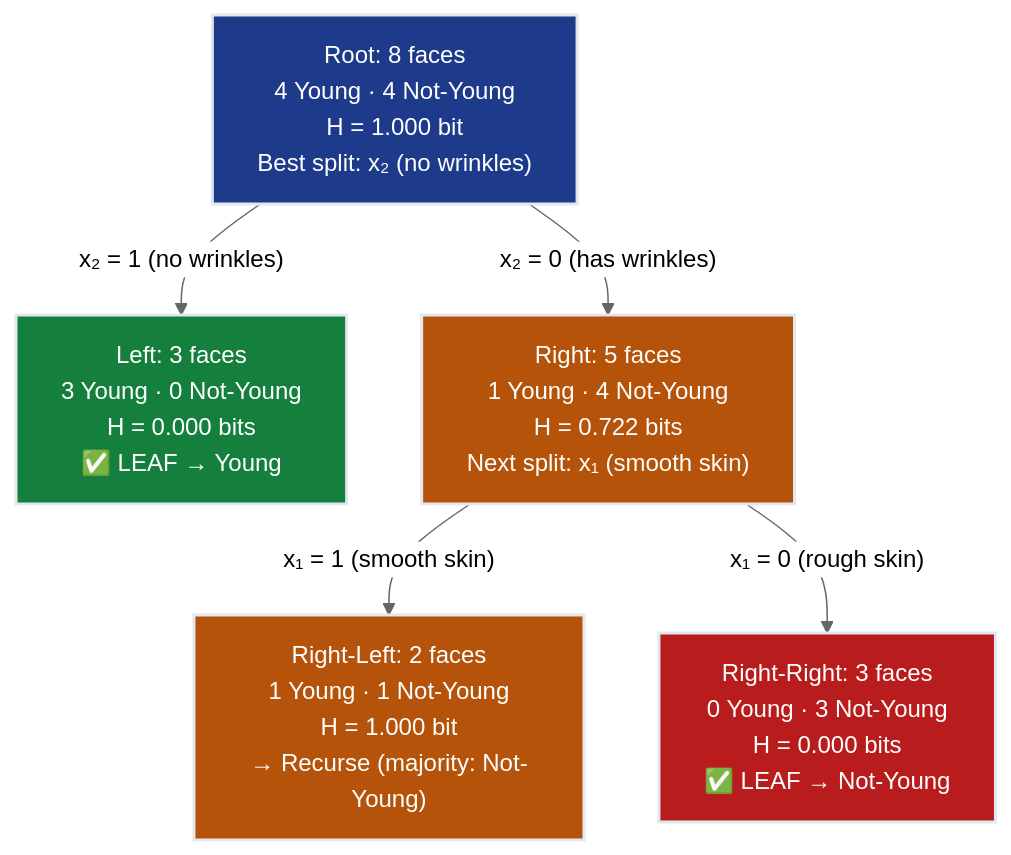
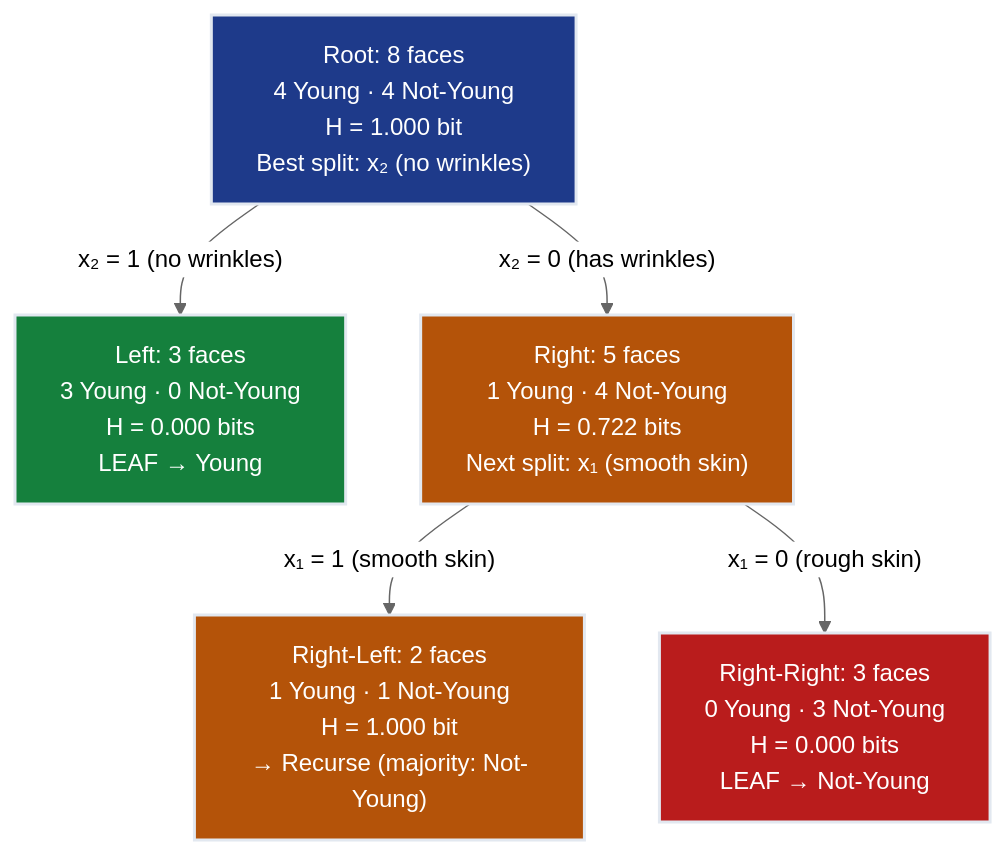
The second of 3 diagrams in notes/01-ml/02-classification/ch02_classical_classifiers/README.md (dsgouda7/ai-portfolio), drawn with Mermaid (neutral theme) before and after one commit. The commit also changed other lines of this file and 179 other files, not shown here.

````diff
--- a/notes/01-ml/02-classification/ch02_classical_classifiers/README.md
+++ b/notes/01-ml/02-classification/ch02_classical_classifiers/README.md
@@ -488,19 +488,19 @@
 ```mermaid
 graph TD
-    ROOT["Root: 8 faces<br/>4 Young · 4 Not-Young<br/>H = 1.000 bit<br/>Best split: x₂ (no wrinkles)"]
-    L1["Left: 3 faces<br/>3 Young · 0 Not-Young<br/>H = 0.000 bits<br/>✅ LEAF → Young"]
-    R1["Right: 5 faces<br/>1 Young · 4 Not-Young<br/>H = 0.722 bits<br/>Next split: x₁ (smooth skin)"]
-    RL["Right-Left: 2 faces<br/>1 Young · 1 Not-Young<br/>H = 1.000 bit<br/>→ Recurse (majority: Not-Young)"]
-    RR["Right-Right: 3 faces<br/>0 Young · 3 Not-Young<br/>H = 0.000 bits<br/>✅ LEAF → Not-Young"]
+ ROOT["Root: 8 faces<br/>4 Young · 4 Not-Young<br/>H = 1.000 bit<br/>Best split: x₂ (no wrinkles)"]
+ L1["Left: 3 faces<br/>3 Young · 0 Not-Young<br/>H = 0.000 bits<br/> LEAF → Young"]
+ R1["Right: 5 faces<br/>1 Young · 4 Not-Young<br/>H = 0.722 bits<br/>Next split: x₁ (smooth skin)"]
+ RL["Right-Left: 2 faces<br/>1 Young · 1 Not-Young<br/>H = 1.000 bit<br/>→ Recurse (majority: Not-Young)"]
+ RR["Right-Right: 3 faces<br/>0 Young · 3 Not-Young<br/>H = 0.000 bits<br/> LEAF → Not-Young"]
 
-    ROOT -->|"x₂ = 1  (no wrinkles)"| L1
-    ROOT -->|"x₂ = 0  (has wrinkles)"| R1
-    R1   -->|"x₁ = 1  (smooth skin)"| RL
-    R1   -->|"x₁ = 0  (rough skin)"| RR
+ ROOT -->|"x₂ = 1 (no wrinkles)"| L1
+ ROOT -->|"x₂ = 0 (has wrinkles)"| R1
+ R1 -->|"x₁ = 1 (smooth skin)"| RL
+ R1 -->|"x₁ = 0 (rough skin)"| RR
 
-    style ROOT fill:#1e3a8a,stroke:#e2e8f0,stroke-width:2px,color:#ffffff
-    style L1   fill:#15803d,stroke:#e2e8f0,stroke-width:2px,color:#ffffff
-    style R1   fill:#b45309,stroke:#e2e8f0,stroke-width:2px,color:#ffffff
-    style RL   fill:#b45309,stroke:#e2e8f0,stroke-width:2px,color:#ffffff
-    style RR   fill:#b91c1c,stroke:#e2e8f0,stroke-width:2px,color:#ffffff
+ style ROOT fill:#1e3a8a,stroke:#e2e8f0,stroke-width:2px,color:#ffffff
+ style L1 fill:#15803d,stroke:#e2e8f0,stroke-width:2px,color:#ffffff
+ style R1 fill:#b45309,stroke:#e2e8f0,stroke-width:2px,color:#ffffff
+ style RL fill:#b45309,stroke:#e2e8f0,stroke-width:2px,color:#ffffff
+ style RR fill:#b91c1c,stroke:#e2e8f0,stroke-width:2px,color:#ffffff
 ```
````
